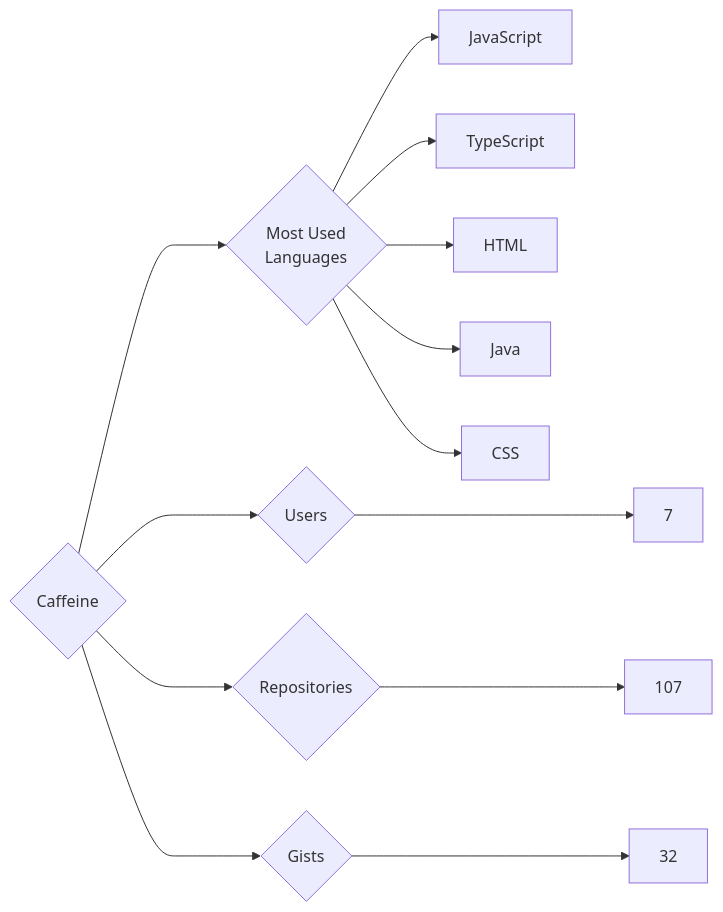
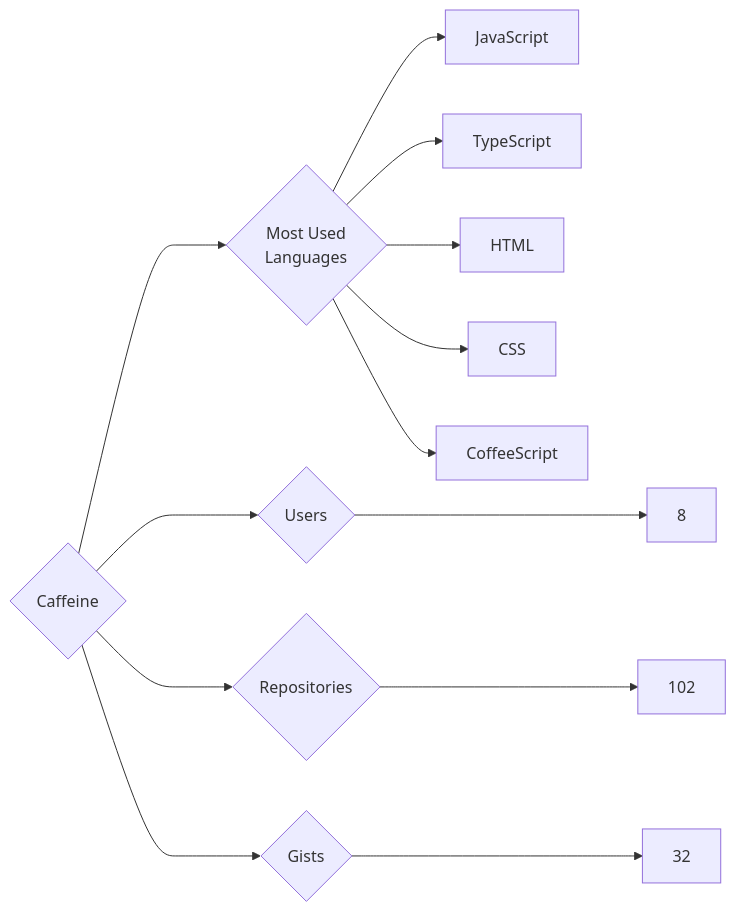
One commit to trickest/insiders changed the diagram in targets/Caffeine/README.md. Above: the diagram before and after it, drawn with Mermaid. The commit also changed 861 other files, not shown here.

````diff
--- a/targets/Caffeine/README.md
+++ b/targets/Caffeine/README.md
@@ -3,13 +3,13 @@
 ```mermaid
 graph LR
 COMPANY_NAME{Caffeine}
-COMPANY_NAME ---> U{Users} ---> UN[7]
-COMPANY_NAME ---> R{Repositories} ---> RN[107]
+COMPANY_NAME ---> U{Users} ---> UN[8]
+COMPANY_NAME ---> R{Repositories} ---> RN[102]
 COMPANY_NAME ---> G{Gists} ---> GN[32]
 COMPANY_NAME ---> ML{Most Used<br>Languages}
 ML --> JavaScript[JavaScript]
 ML --> TypeScript[TypeScript]
 ML --> HTML[HTML]
-ML --> Java[Java]
 ML --> CSS[CSS]
+ML --> CoffeeScript[CoffeeScript]
 ```
````
